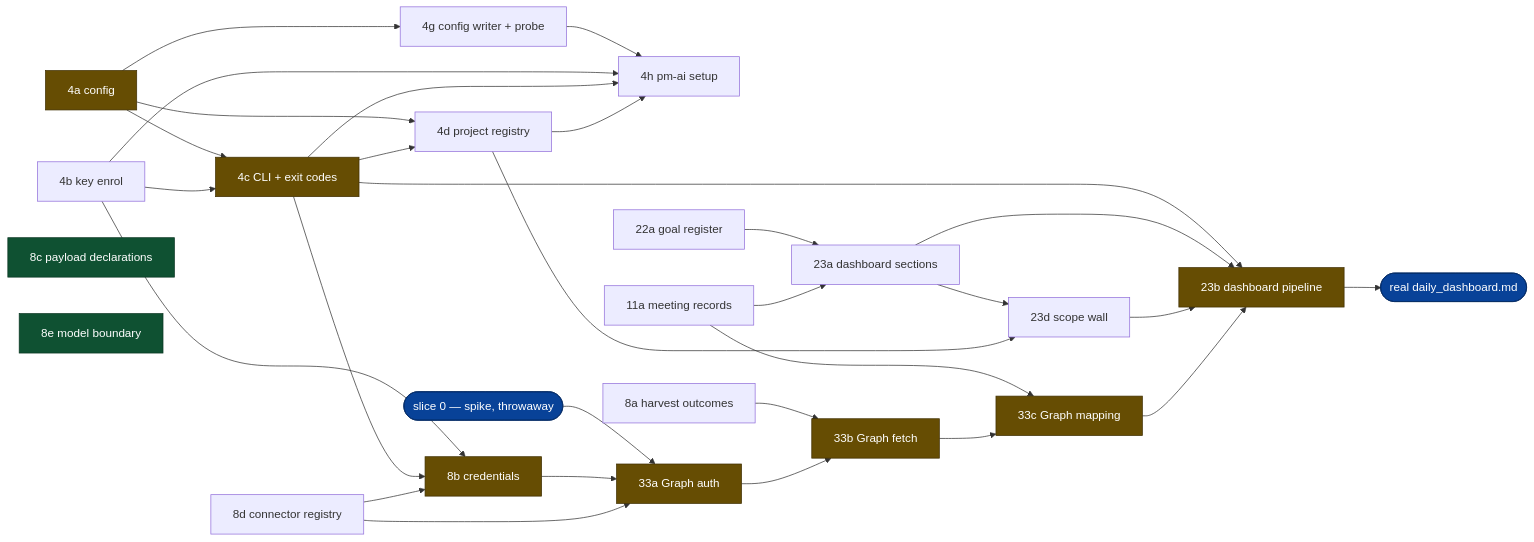
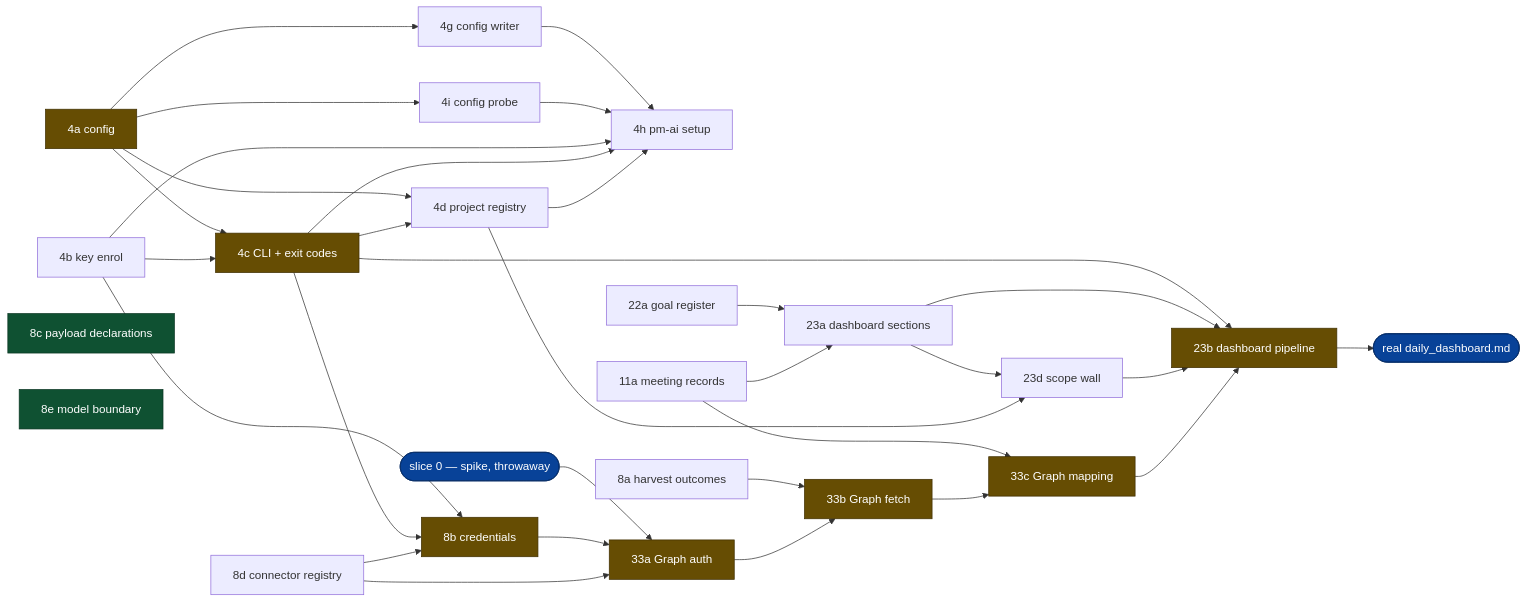
The third of 3 diagrams in _bmad-output/implementation-artifacts/prototype-path-2026-09-01.md (aramaniuk/pm-ai), drawn with Mermaid before and after one commit. The commit also changed other lines of this file and 4 other files, not shown here.

````diff
--- a/_bmad-output/implementation-artifacts/prototype-path-2026-09-01.md
+++ b/_bmad-output/implementation-artifacts/prototype-path-2026-09-01.md
@@ -251,60 +251,63 @@
 ```mermaid
 flowchart LR
     s0(["slice 0 — spike, throwaway"])
     s4a["4a config"]
     s4b["4b key enrol"]
     s4c["4c CLI + exit codes"]
     s4d["4d project registry"]
-    s4g["4g config writer + probe"]
+    s4g["4g config writer"]
+    s4i["4i config probe"]
     s4h["4h pm-ai setup"]
     s8a["8a harvest outcomes"]
     s8d["8d connector registry"]
     s8b["8b credentials"]
     s8c["8c payload declarations"]
     s8e["8e model boundary"]
     s11a["11a meeting records"]
     s22a["22a goal register"]
     s33a["33a Graph auth"]
     s33b["33b Graph fetch"]
     s33c["33c Graph mapping"]
     s23a["23a dashboard sections"]
     s23d["23d scope wall"]
     s23b["23b dashboard pipeline"]
     done(["real daily_dashboard.md"])
 
     s0 --> s33a
     s4a --> s4c
     s4b --> s4c
     s4a --> s4d
     s4c --> s4d
     s4a --> s4g
     s4g --> s4h
+    s4a --> s4i
+    s4i --> s4h
     s4b --> s4h
     s4c --> s4h
     s4d --> s4h
     s4b --> s8b
     s4c --> s8b
     s8d --> s8b
     s8b --> s33a
     s8d --> s33a
     s8a --> s33b
     s33a --> s33b
     s11a --> s33c
     s33b --> s33c
     s22a --> s23a
     s11a --> s23a
     s23a --> s23d
     s4d --> s23d
     s4c --> s23b
     s23a --> s23b
     s23d --> s23b
     s33c --> s23b
     s23b --> done
 
     classDef crit fill:#664d03,stroke:#413003,color:#ffffff
     classDef island fill:#0f5132,stroke:#0a3622,color:#ffffff
     classDef goal fill:#084298,stroke:#052c65,color:#ffffff
     class s4a,s4c,s8b,s33a,s33b,s33c,s23b crit
     class s8c,s8e island
     class done,s0 goal
 ```
````
